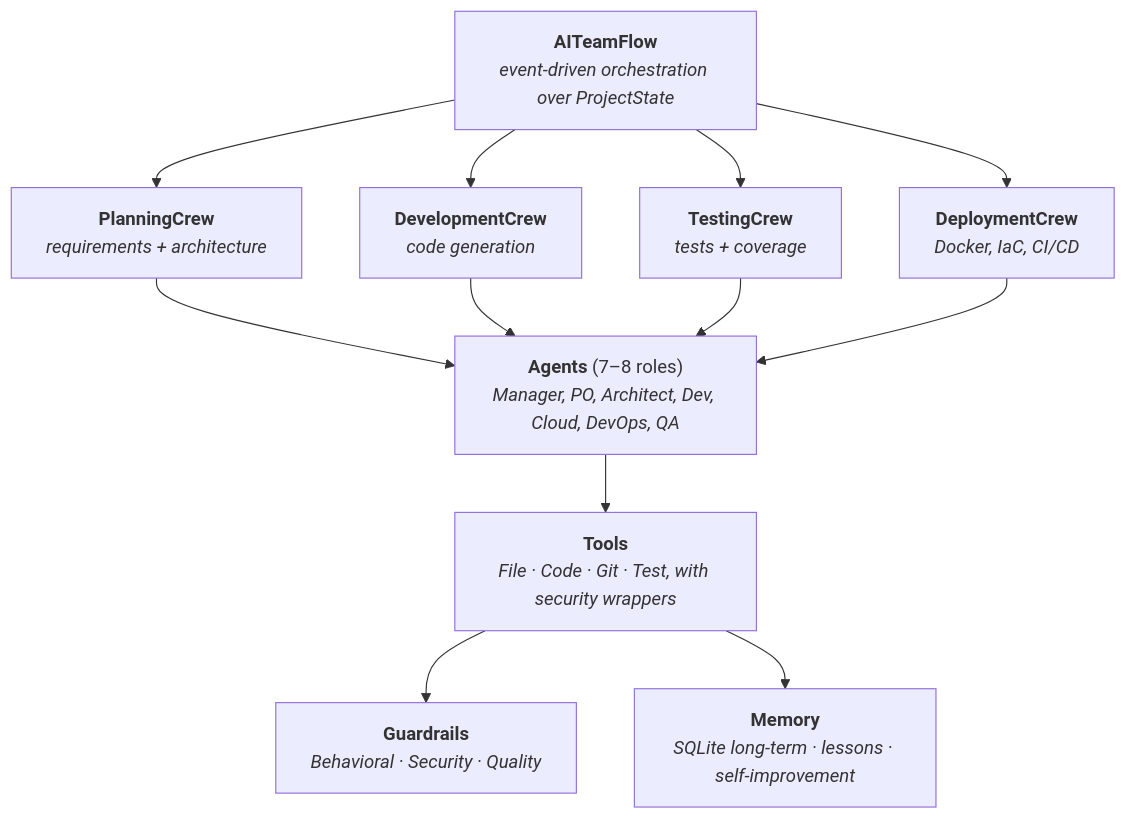
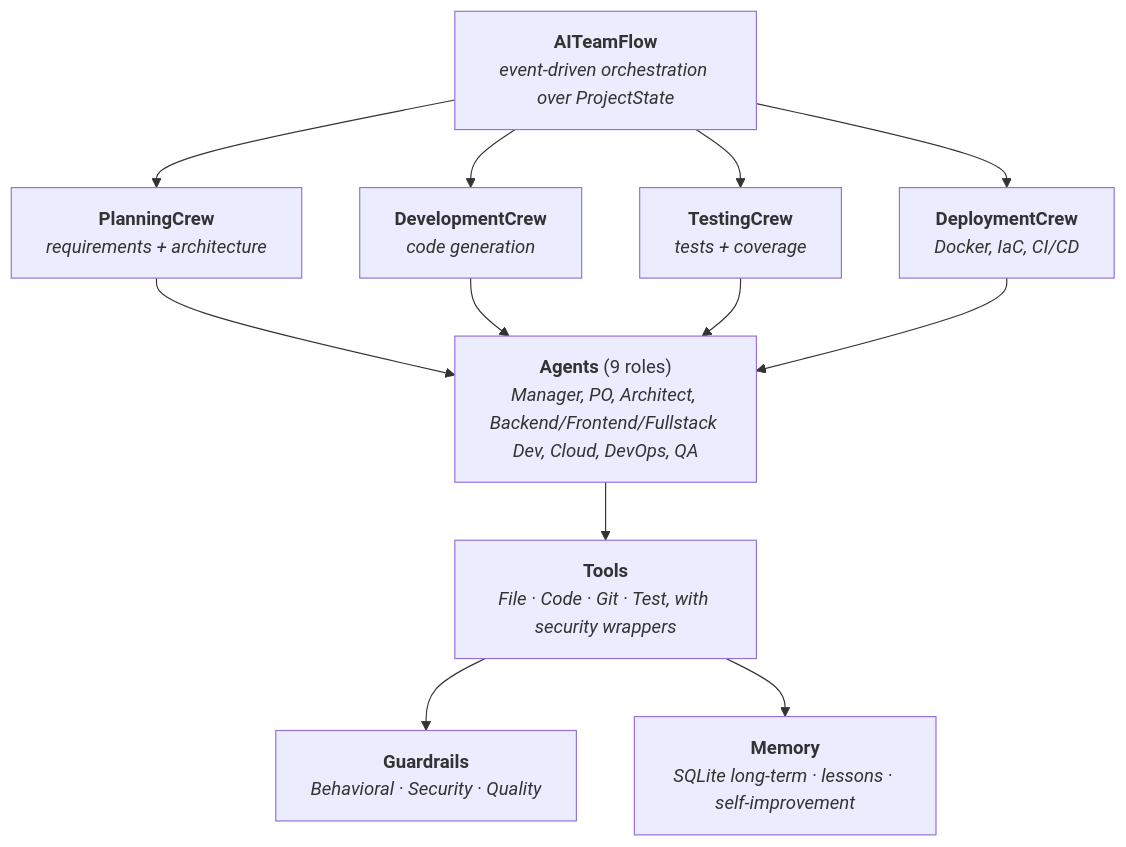
The second of 9 diagrams in docs/ARCHITECTURE.md (RickZee/ai-team), drawn with Mermaid before and after one commit. The commit also changed other lines of this file and 1 other file, not shown here.

````diff
--- a/docs/ARCHITECTURE.md
+++ b/docs/ARCHITECTURE.md
@@ -39,24 +39,24 @@
 ```mermaid
 graph TB
     ATF["<b>AITeamFlow</b><br/><i>event-driven orchestration over ProjectState</i>"]
 
     ATF --> PC & DC & TC & DEPC
 
     PC["<b>PlanningCrew</b><br/><i>requirements + architecture</i>"]
     DC["<b>DevelopmentCrew</b><br/><i>code generation</i>"]
     TC["<b>TestingCrew</b><br/><i>tests + coverage</i>"]
     DEPC["<b>DeploymentCrew</b><br/><i>Docker, IaC, CI/CD</i>"]
 
     PC & DC & TC & DEPC --> AG
 
-    AG["<b>Agents</b> (7–8 roles)<br/><i>Manager, PO, Architect, Dev, Cloud, DevOps, QA</i>"]
+    AG["<b>Agents</b> (9 roles)<br/><i>Manager, PO, Architect, Backend/Frontend/Fullstack Dev, Cloud, DevOps, QA</i>"]
 
     AG --> TOOLS
 
     TOOLS["<b>Tools</b><br/><i>File · Code · Git · Test, with security wrappers</i>"]
 
     TOOLS --> GL & ML
 
     GL["<b>Guardrails</b><br/><i>Behavioral · Security · Quality</i>"]
     ML["<b>Memory</b><br/><i>SQLite long-term · lessons · self-improvement</i>"]
 ```
````
